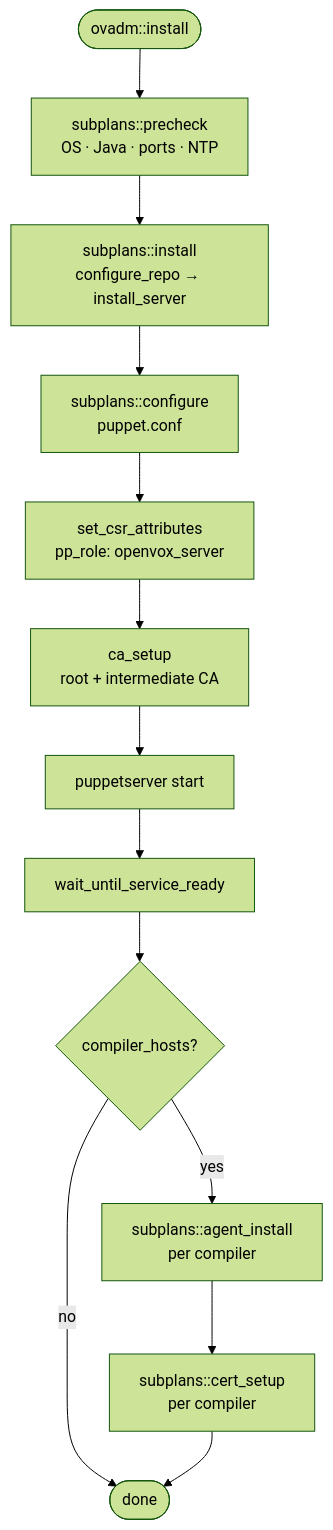
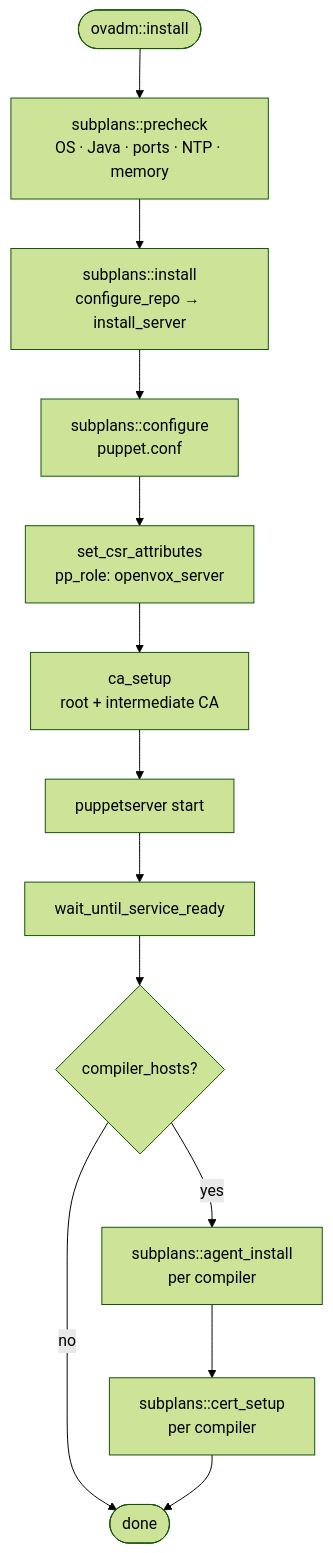
Before and after one commit to miharp/ovadm: the third of 3 diagrams in documentation/architecture.md, drawn with Mermaid (forest theme). The commit also changed 12 other files, not shown here.

````diff
--- a/documentation/architecture.md
+++ b/documentation/architecture.md
@@ -32,15 +32,15 @@
 ```mermaid
 flowchart TD
-    install([ovadm::install]) --> precheck[subplans::precheck\nOS · Java · ports · NTP]
+    install([ovadm::install]) --> precheck[subplans::precheck\nOS · Java · ports · NTP · memory]
     precheck --> installsp[subplans::install\nconfigure_repo → install_server]
     installsp --> configure[subplans::configure\npuppet.conf]
     configure --> csr[set_csr_attributes\npp_role: openvox_server]
     csr --> casetup[ca_setup\nroot + intermediate CA]
     casetup --> start[puppetserver start]
     start --> wait[wait_until_service_ready]
     wait --> large{compiler_hosts?}
     large -- no --> done([done])
     large -- yes --> agent_install[subplans::agent_install\nper compiler]
     agent_install --> cert_setup[subplans::cert_setup\nper compiler]
     cert_setup --> done
 ```
````
